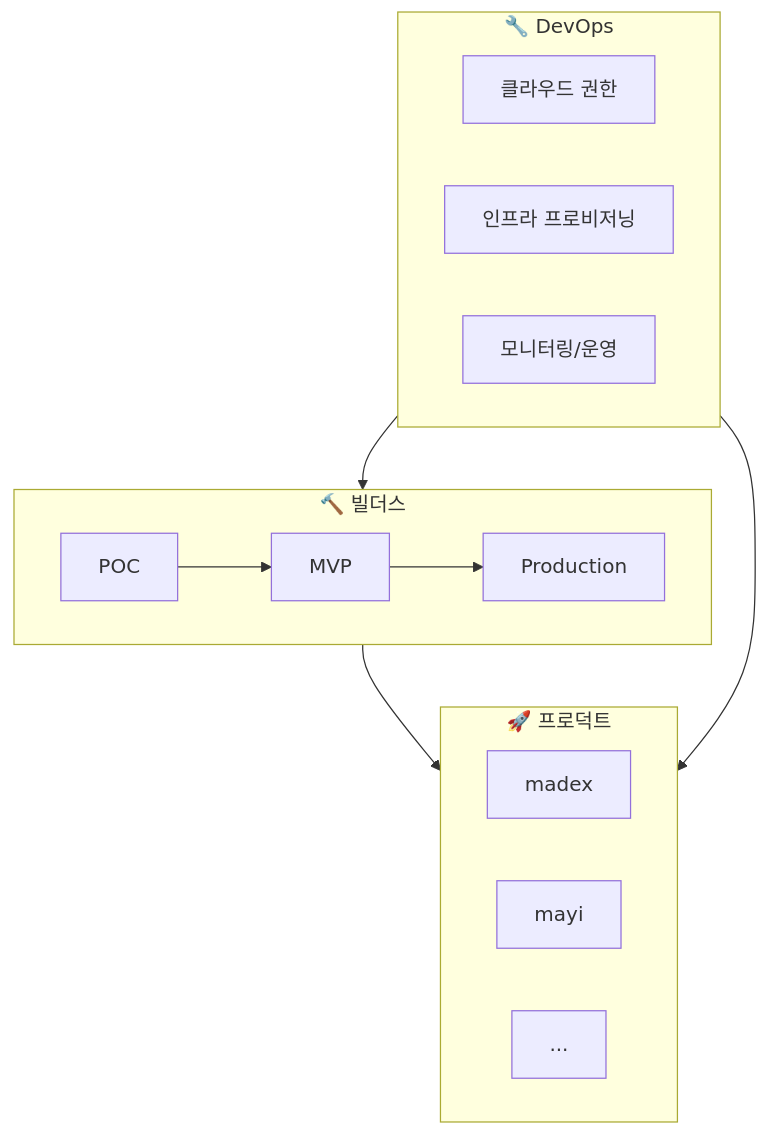
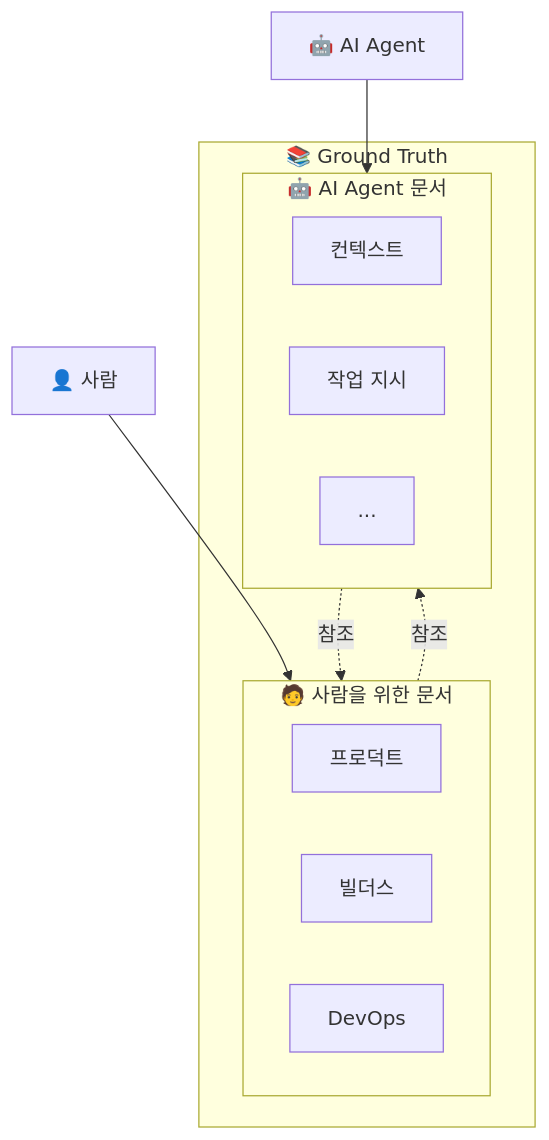
The diagram in docs/intro.mdx (org-tinysolver/ground-truth), drawn with Mermaid before and after one commit. The commit also changed other lines of this file and 27 other files, not shown here.

First line of the commit message:
refactor: 문서 구조 재배치 (humans/agents 분리)

````diff
--- a/docs/intro.mdx
+++ b/docs/intro.mdx
@@ -14,25 +12,22 @@
 ```mermaid
 flowchart TB
-    subgraph Products["🚀 프로덕트"]
-        P1[madex]
-        P2[mayi]
-        P3[...]
+    subgraph GroundTruth["📚 Ground Truth"]
+        subgraph Humans["🧑 사람을 위한 문서"]
+            H1[프로덕트]
+            H2[빌더스]
+            H3[DevOps]
+        end
+
+        subgraph Agents["🤖 AI Agent 문서"]
+            A1[컨텍스트]
+            A2[작업 지시]
+            A3[...]
+        end
     end
 
-    subgraph Builders["🔨 빌더스"]
-        B1[POC]
-        B2[MVP]
-        B3[Production]
-        B1 --> B2 --> B3
-    end
+    Human[👤 사람] --> Humans
+    AI[🤖 AI Agent] --> Agents
 
-    subgraph DevOps["🔧 DevOps"]
-        D1[클라우드 권한]
-        D2[인프라 프로비저닝]
-        D3[모니터링/운영]
-    end
-
-    Builders --> Products
-    DevOps --> Products
-    DevOps --> Builders
+    Humans -.->|참조| Agents
+    Agents -.->|참조| Humans
 ```
````
